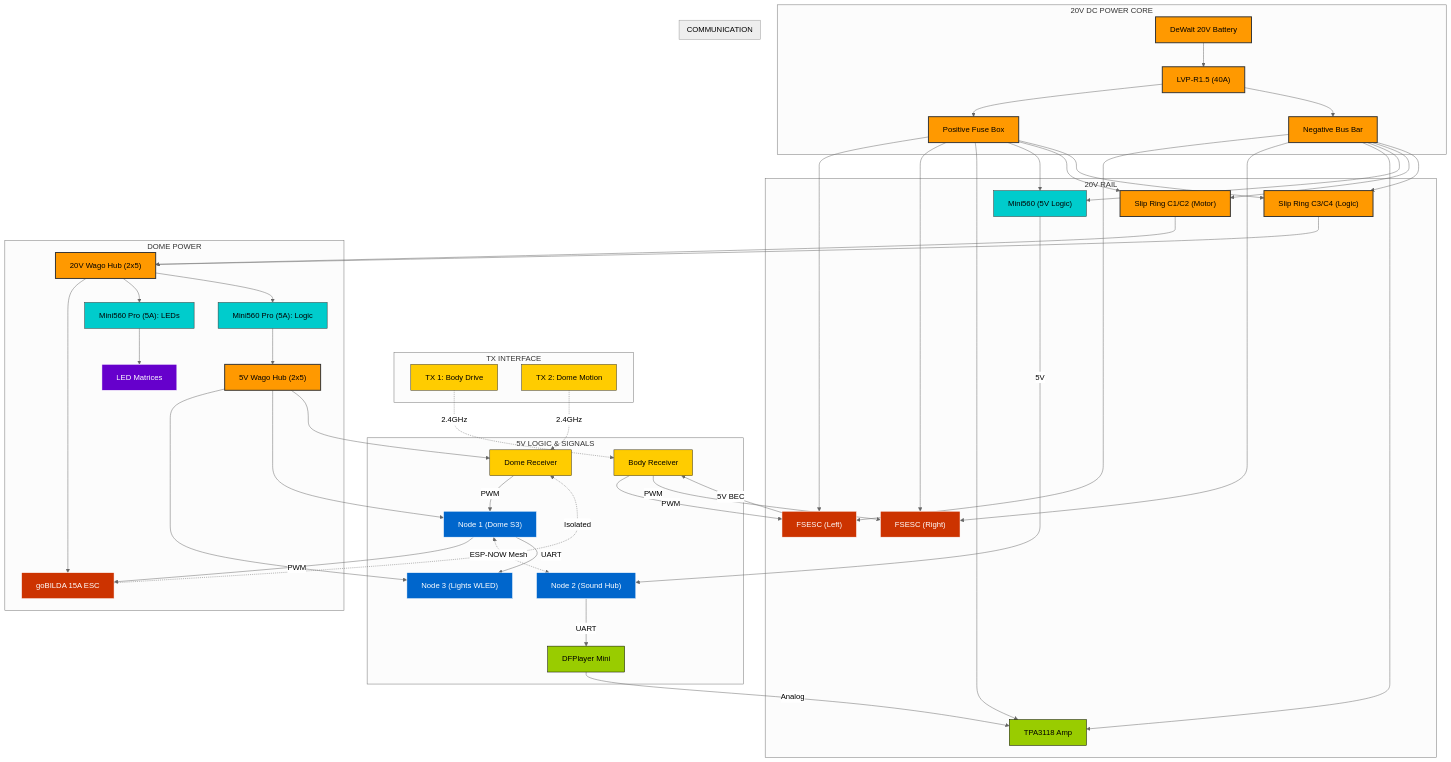
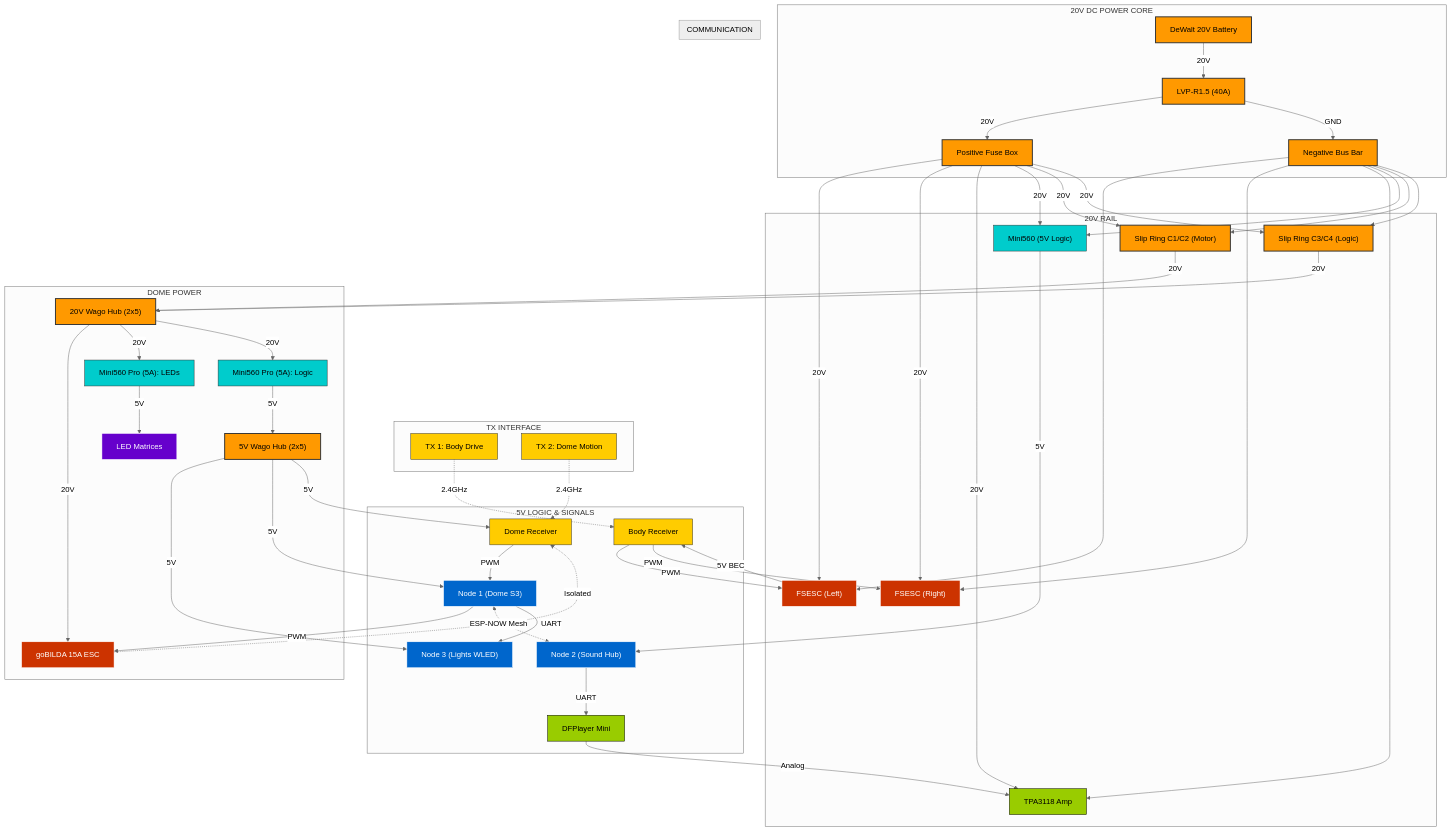
One commit to Ruzzler/Wee2-D2 changed the diagram in docs/architecture/electrical-schematic.md. Above: the diagram before and after it, drawn with Mermaid (neutral theme).

Commit message:
docs(schematic): add voltage labels to power connection lines

```diff
--- a/docs/architecture/electrical-schematic.md
+++ b/docs/architecture/electrical-schematic.md
@@ -19,18 +19,18 @@
  end
 
  subgraph POWER_CORE [20V DC POWER CORE]
- BAT["DeWalt 20V Battery"]:::power --> LVC["LVP-R1.5 (40A)"]:::power
- LVC --> POS_FUSE["Positive Fuse Box"]:::power
- LVC --> NEG_BUS["Negative Bus Bar"]:::power
+ BAT["DeWalt 20V Battery"]:::power -->|20V| LVC["LVP-R1.5 (40A)"]:::power
+ LVC -->|20V| POS_FUSE["Positive Fuse Box"]:::power
+ LVC -->|GND| NEG_BUS["Negative Bus Bar"]:::power
  end
 
  subgraph HIGH_POWER [20V RAIL]
- POS_FUSE --> ESC1["FSESC (Left)"]:::drive
- POS_FUSE --> ESC2["FSESC (Right)"]:::drive
- POS_FUSE --> AMP["TPA3118 Amp"]:::audio
- POS_FUSE --> BODY_BUCK["Mini560 (5V Logic)"]:::logic
- POS_FUSE --> SLIP1["Slip C1/C2 (Motor)"]:::power
- POS_FUSE --> SLIP2["Slip C3/C4 (Logic)"]:::power
+ POS_FUSE -->|20V| ESC1["FSESC (Left)"]:::drive
+ POS_FUSE -->|20V| ESC2["FSESC (Right)"]:::drive
+ POS_FUSE -->|20V| AMP["TPA3118 Amp"]:::audio
+ POS_FUSE -->|20V| BODY_BUCK["Mini560 (5V Logic)"]:::logic
+ POS_FUSE -->|20V| SLIP1["Slip C1/C2 (Motor)"]:::power
+ POS_FUSE -->|20V| SLIP2["Slip C3/C4 (Logic)"]:::power
 
  NEG_BUS --> ESC1
  NEG_BUS --> ESC2
@@ -41,15 +41,15 @@
  end
 
  subgraph DOME_DISTRIBUTION [DOME POWER]
- SLIP1["Slip Ring C1/C2 (Motor)"]:::power --> DOME_WAGO_20V["20V Wago Hub (2x5)"]:::power
- SLIP2["Slip Ring C3/C4 (Logic)"]:::power --> DOME_WAGO_20V
+ SLIP1["Slip Ring C1/C2 (Motor)"]:::power -->|20V| DOME_WAGO_20V["20V Wago Hub (2x5)"]:::power
+ SLIP2["Slip Ring C3/C4 (Logic)"]:::power -->|20V| DOME_WAGO_20V
  
- DOME_WAGO_20V --> DOME_ESC["goBILDA 15A ESC"]:::drive
- DOME_WAGO_20V --> BUCK_LEDS["Mini560 Pro (5A): LEDs"]:::logic
- DOME_WAGO_20V --> BUCK_LOGIC["Mini560 Pro (5A): Logic"]:::logic
+ DOME_WAGO_20V -->|20V| DOME_ESC["goBILDA 15A ESC"]:::drive
+ DOME_WAGO_20V -->|20V| BUCK_LEDS["Mini560 Pro (5A): LEDs"]:::logic
+ DOME_WAGO_20V -->|20V| BUCK_LOGIC["Mini560 Pro (5A): Logic"]:::logic
  
- BUCK_LEDS --> LEDS["LED Matrices"]:::lights
- BUCK_LOGIC --> DOME_WAGO_5V["5V Wago Hub (2x5)"]:::power
+ BUCK_LEDS -->|5V| LEDS["LED Matrices"]:::lights
+ BUCK_LOGIC -->|5V| DOME_WAGO_5V["5V Wago Hub (2x5)"]:::power
  end
 
  subgraph LOGIC_RAIL [5V LOGIC & SIGNALS]
@@ -59,9 +59,9 @@
  
  DOME_ESC -.->|Isolated| RC2["Dome Receiver"]:::signal
 
- DOME_WAGO_5V --> NODE_3["Node 3 (Lights WLED)"]:::brain
- DOME_WAGO_5V --> NODE_1["Node 1 (Dome S3)"]:::brain
- DOME_WAGO_5V --> RC2
+ DOME_WAGO_5V -->|5V| NODE_3["Node 3 (Lights WLED)"]:::brain
+ DOME_WAGO_5V -->|5V| NODE_1["Node 1 (Dome S3)"]:::brain
+ DOME_WAGO_5V -->|5V| RC2
  end
 
  subgraph INTERCONNECTS [COMMUNICATION]
```
